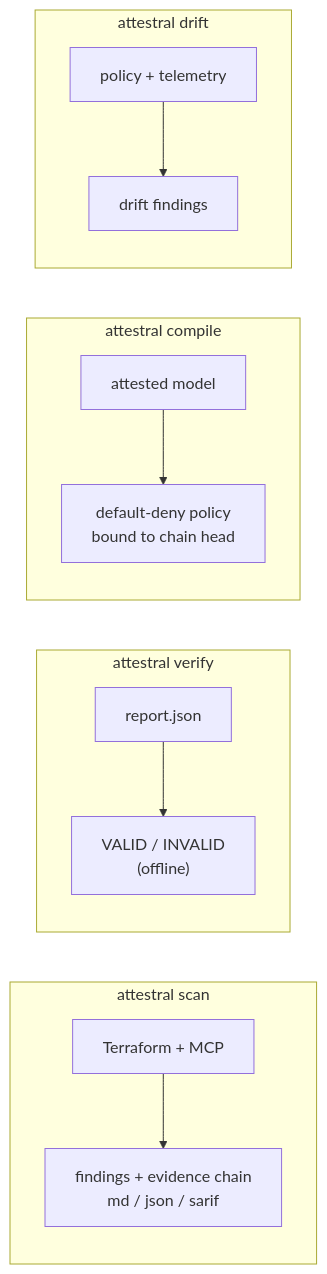
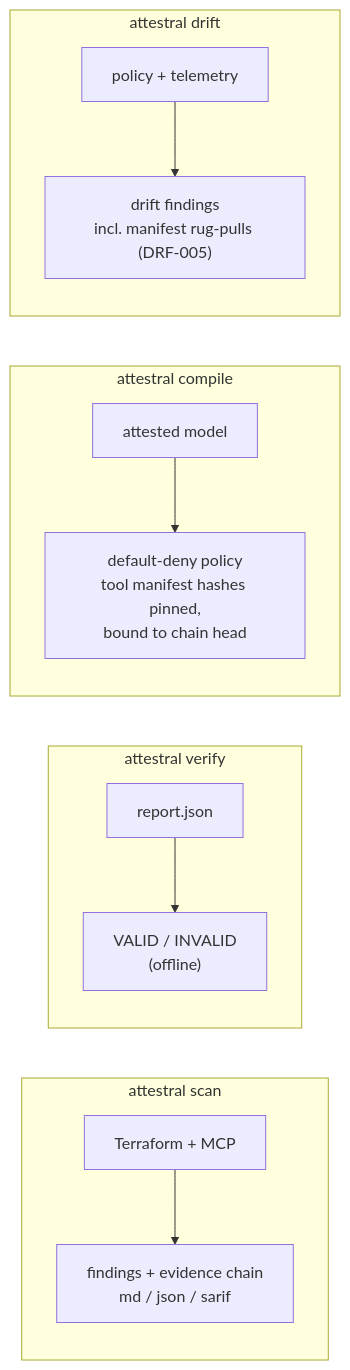
Before and after one commit to attestral-labs/attestral: the third of 4 diagrams in README.md, drawn with Mermaid. The commit also changed 13 other files, not shown here.

First line of the commit message:
Rug-pull manifest pinning (DRF-005) + agent-to-cloud reachability edges (ATL-112)

````diff
--- a/README.md
+++ b/README.md
@@ -185,15 +185,15 @@
 ```mermaid
 flowchart LR
     subgraph scan["attestral scan"]
         s1["Terraform + MCP"] --> s2["findings + evidence chain<br/>md / json / sarif"]
     end
     subgraph verify["attestral verify"]
         v1["report.json"] --> v2["VALID / INVALID<br/>(offline)"]
     end
     subgraph compile["attestral compile"]
-        c1["attested model"] --> c2["default-deny policy<br/>bound to chain head"]
+        c1["attested model"] --> c2["default-deny policy<br/>tool manifest hashes pinned,<br/>bound to chain head"]
     end
     subgraph drift["attestral drift"]
-        d1["policy + telemetry"] --> d2["drift findings"]
+        d1["policy + telemetry"] --> d2["drift findings<br/>incl. manifest rug-pulls (DRF-005)"]
     end
 ```
````
